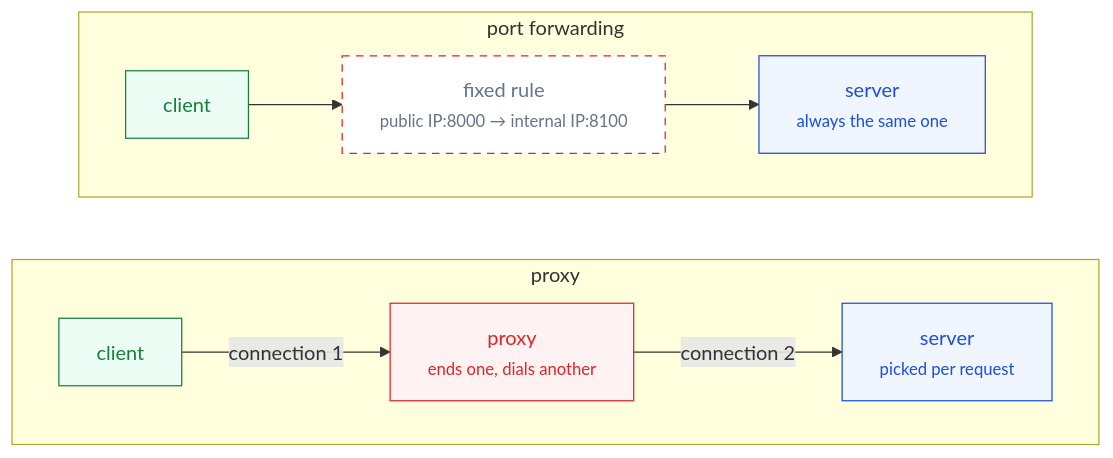
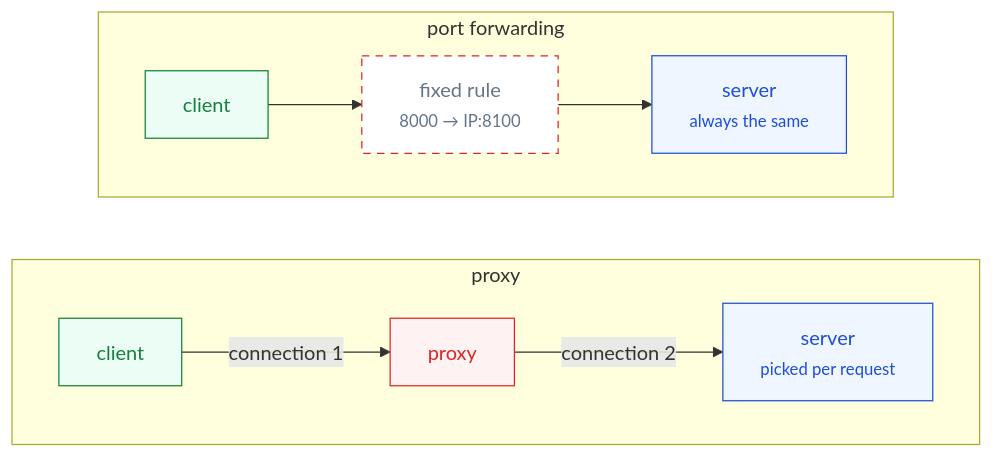
The first of 4 diagrams in _posts/ko/2026-09-16-proxy-and-port-forwarding.md (ssyrc/ssyrc.github.io), drawn with Mermaid before and after one commit. The commit also changed other lines of this file and 1 other file, not shown here.

First line of the commit message:
Simplify scenario diagrams to match the sketch

````diff
--- a/_posts/ko/2026-09-16-proxy-and-port-forwarding.md
+++ b/_posts/ko/2026-09-16-proxy-and-port-forwarding.md
@@ -29,23 +29,22 @@
 ```mermaid
 flowchart TB
     subgraph PF["port forwarding"]
         direction LR
-        C1["client"] --> K1["fixed rule<br/><small>public IP:8000 &rarr; internal IP:8100</small>"]
-        K1 --> S1["server<br/><small>always the same one</small>"]
+        C1["client"] --> K1["fixed rule<br/><small>8000 &rarr; IP:8100</small>"]
+        K1 --> S1["server<br/><small>always the same</small>"]
     end
     subgraph PX["proxy"]
         direction LR
-        C2["client"] -->|"connection 1"| P2["proxy<br/><small>ends one, dials another</small>"]
+        C2["client"] -->|"connection 1"| P2["proxy"]
         P2 -->|"connection 2"| S2["server<br/><small>picked per request</small>"]
     end
     PF ~~~ PX
     class C1,C2 client
     class K1 kernel
     class P2 proxy
     class S1,S2 server
     classDef client fill:#ecfdf5,stroke:#15803d,color:#15803d
     classDef proxy  fill:#fef2f2,stroke:#dc2626,color:#dc2626
     classDef server fill:#eff6ff,stroke:#1d4ed8,color:#1d4ed8
     classDef kernel fill:#ffffff,stroke:#dc2626,color:#64748b,stroke-dasharray:6 5
-    classDef zone   fill:#fbfbfe,stroke:#94a3b8,color:#64748b,stroke-dasharray:6 6
 ```
````
